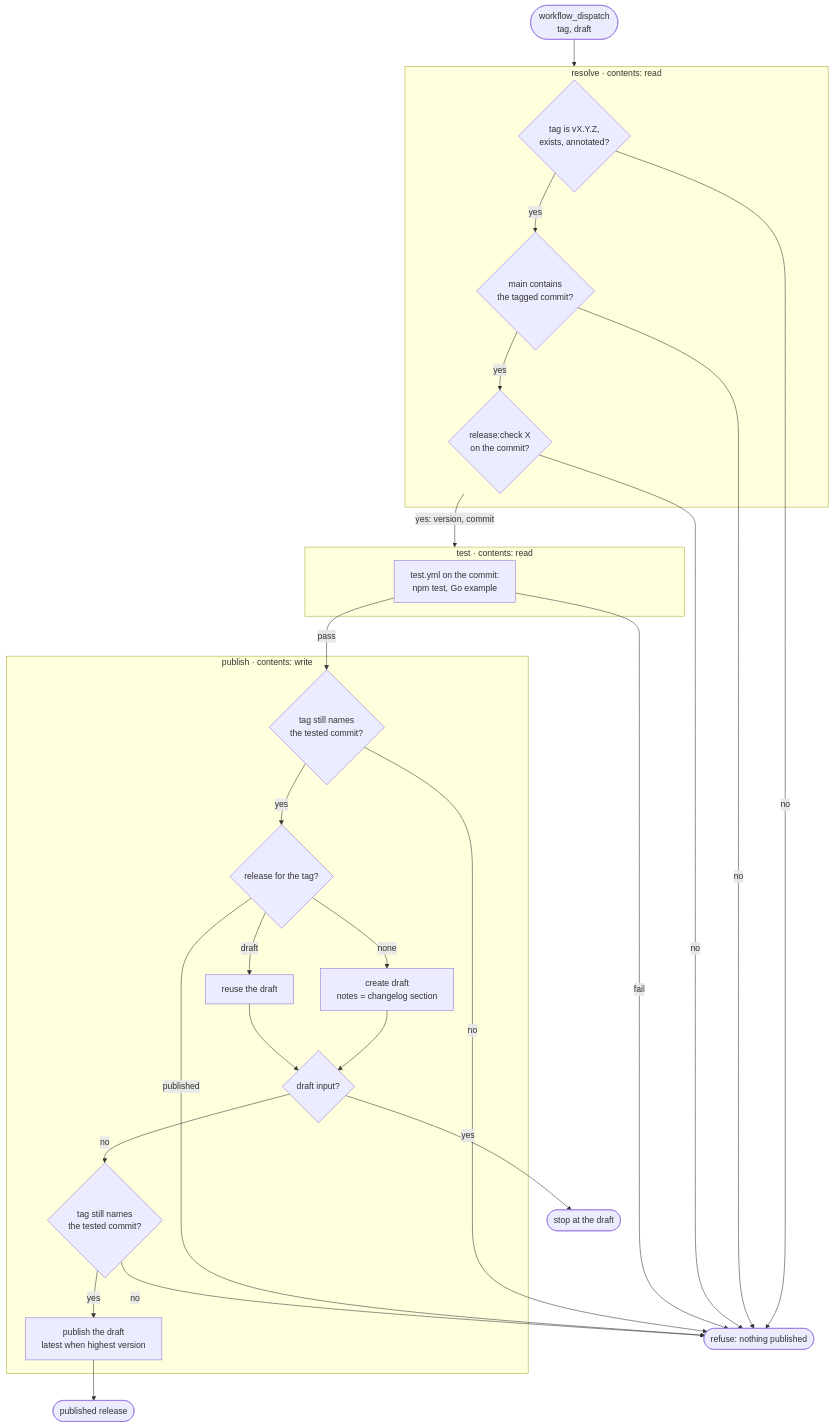
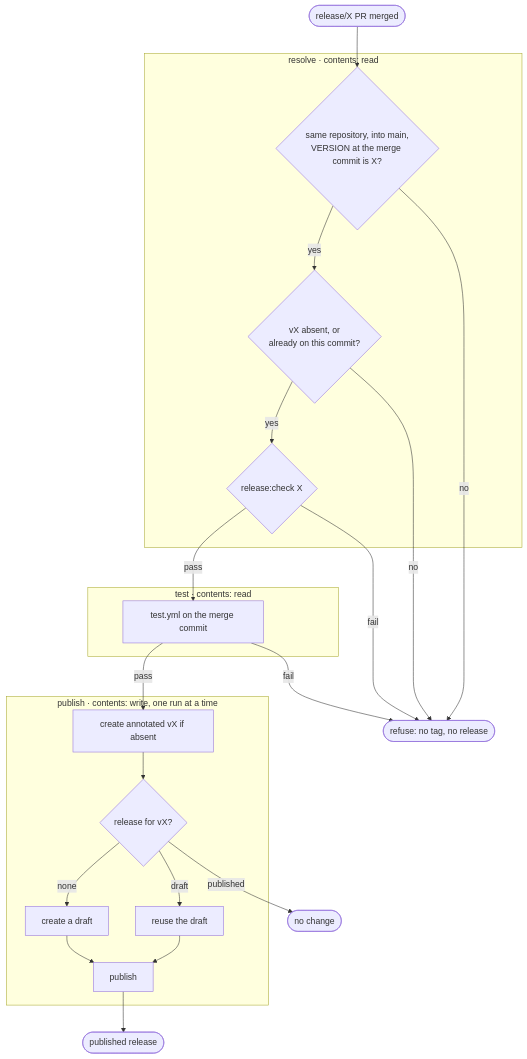
One commit to throw-if-null/coral changed the second of 2 diagrams in README.md. Above: the diagram before and after it, drawn with Mermaid. The commit also changed other lines of this file and 11 other files, not shown here.

First line of the commit message:
Publish releases automatically when a release PR merges

````diff
--- a/README.md
+++ b/README.md
@@ -402,31 +388,26 @@
 ```mermaid
 flowchart TD
-    start(["workflow_dispatch<br/>tag, draft"]) --> resolve
+    merged(["release/X PR merged"]) --> r1
     subgraph resolve["resolve · contents: read"]
-        r1{"tag is vX.Y.Z,<br/>exists, annotated?"} -->|yes| r2{"main contains<br/>the tagged commit?"}
-        r2 -->|yes| r3{"release:check X<br/>on the commit?"}
+        r1{"same repository, into main,<br/>VERSION at the merge commit is X?"} -->|yes| r2{"vX absent, or<br/>already on this commit?"}
+        r2 -->|yes| r3{"release:check X"}
     end
-    r1 -->|no| fail(["refuse: nothing published"])
-    r2 -->|no| fail
-    r3 -->|no| fail
-    r3 -->|"yes: version, commit"| test
+    r3 -->|pass| t1
     subgraph test["test · contents: read"]
-        t1["test.yml on the commit:<br/>npm test, Go example"]
+        t1["test.yml on the merge commit"]
     end
-    t1 -->|fail| fail
     t1 -->|pass| p1
-    subgraph publish["publish · contents: write"]
-        p1{"tag still names<br/>the tested commit?"} -->|yes| p2{"release for the tag?"}
-        p2 -->|none| p3["create draft<br/>notes = changelog section"]
+    subgraph publish["publish · contents: write, one run at a time"]
+        p1["create annotated vX if absent"] --> p2{"release for vX?"}
+        p2 -->|none| p3["create a draft"]
         p2 -->|draft| p4["reuse the draft"]
-        p3 --> p5{"draft input?"}
+        p3 --> p5["publish"]
         p4 --> p5
-        p5 -->|no| p6{"tag still names<br/>the tested commit?"}
-        p6 -->|yes| p7["publish the draft<br/>latest when highest version"]
     end
-    p1 -->|no| fail
-    p2 -->|published| fail
-    p6 -->|no| fail
-    p5 -->|yes| draft(["stop at the draft"])
-    p7 --> done(["published release"])
+    p2 -->|published| done(["no change"])
+    p5 --> done2(["published release"])
+    r1 -->|no| stop(["refuse: no tag, no release"])
+    r2 -->|no| stop
+    r3 -->|fail| stop
+    t1 -->|fail| stop
 ```
````
